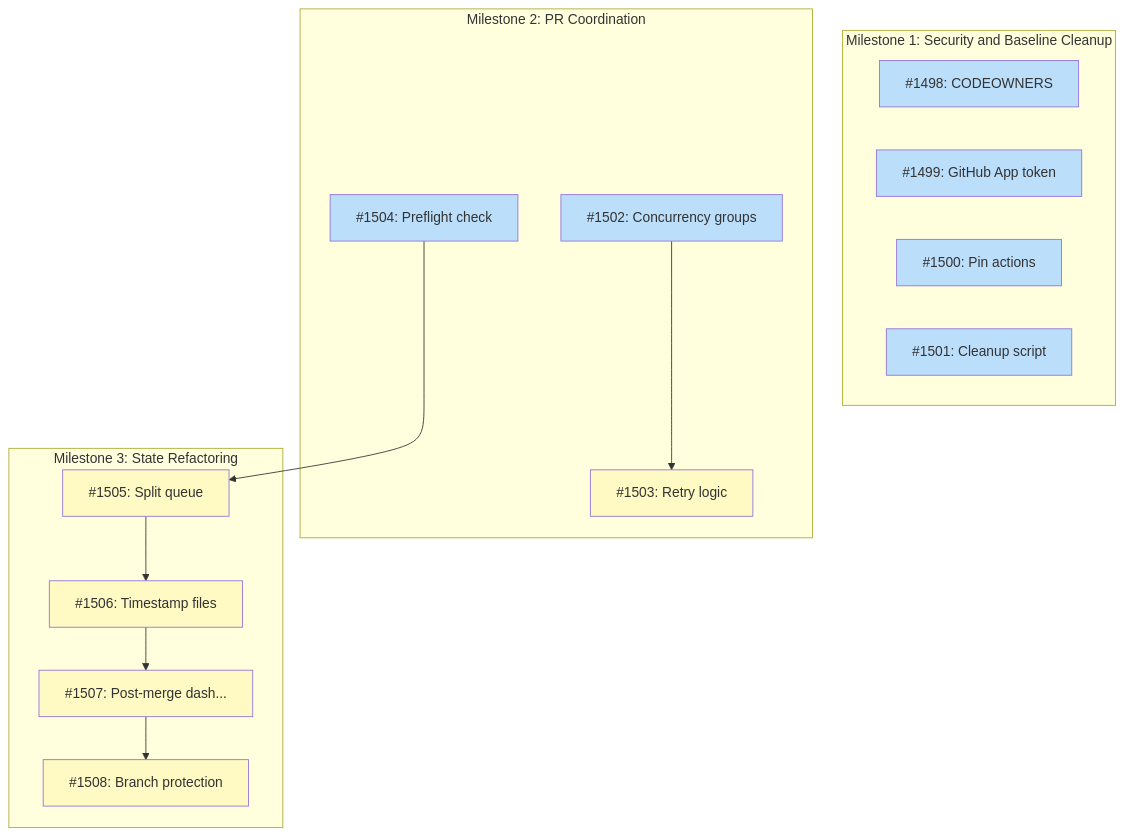
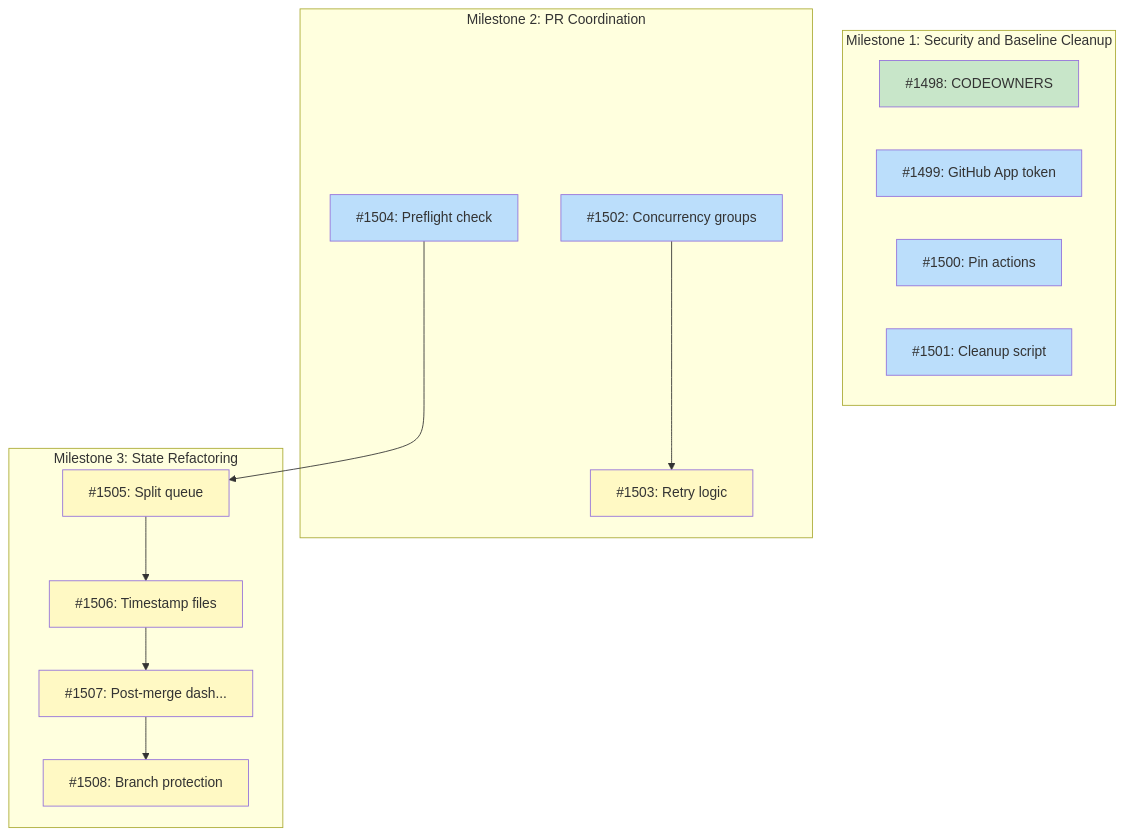
Before and after one commit to tsukumogami/tsuku: the diagram in docs/designs/DESIGN-batch-pr-coordination.md, drawn with Mermaid. The commit also changed other lines of this file, not shown here.

Commit message:
docs(batch-pr-coordination): mark issue #1498 as completed
Update Implementation Issues section to reflect completion of CODEOWNERS
protection. Issue #1498 is now marked as done (green) in the dependency
graph.

````diff
--- a/docs/designs/DESIGN-batch-pr-coordination.md
+++ b/docs/designs/DESIGN-batch-pr-coordination.md
@@ -78,36 +78,37 @@
 ```mermaid
 graph TD
     subgraph M1["Milestone 1: Security and Baseline Cleanup"]
         I1498["#1498: CODEOWNERS"]
         I1499["#1499: GitHub App token"]
         I1500["#1500: Pin actions"]
         I1501["#1501: Cleanup script"]
     end
 
     subgraph M2["Milestone 2: PR Coordination"]
         I1502["#1502: Concurrency groups"]
         I1503["#1503: Retry logic"]
         I1504["#1504: Preflight check"]
     end
 
     subgraph M3["Milestone 3: State Refactoring"]
         I1505["#1505: Split queue"]
         I1506["#1506: Timestamp files"]
         I1507["#1507: Post-merge dash..."]
         I1508["#1508: Branch protection"]
     end
 
     I1502 --> I1503
     I1504 --> I1505
     I1505 --> I1506
     I1506 --> I1507
     I1507 --> I1508
 
     classDef done fill:#c8e6c9
     classDef ready fill:#bbdefb
     classDef blocked fill:#fff9c4
     classDef needsDesign fill:#e1bee7
 
-    class I1498,I1499,I1500,I1501,I1502,I1504 ready
+    class I1498 done
+    class I1499,I1500,I1501,I1502,I1504 ready
     class I1503,I1505,I1506,I1507,I1508 blocked
 ```
````
